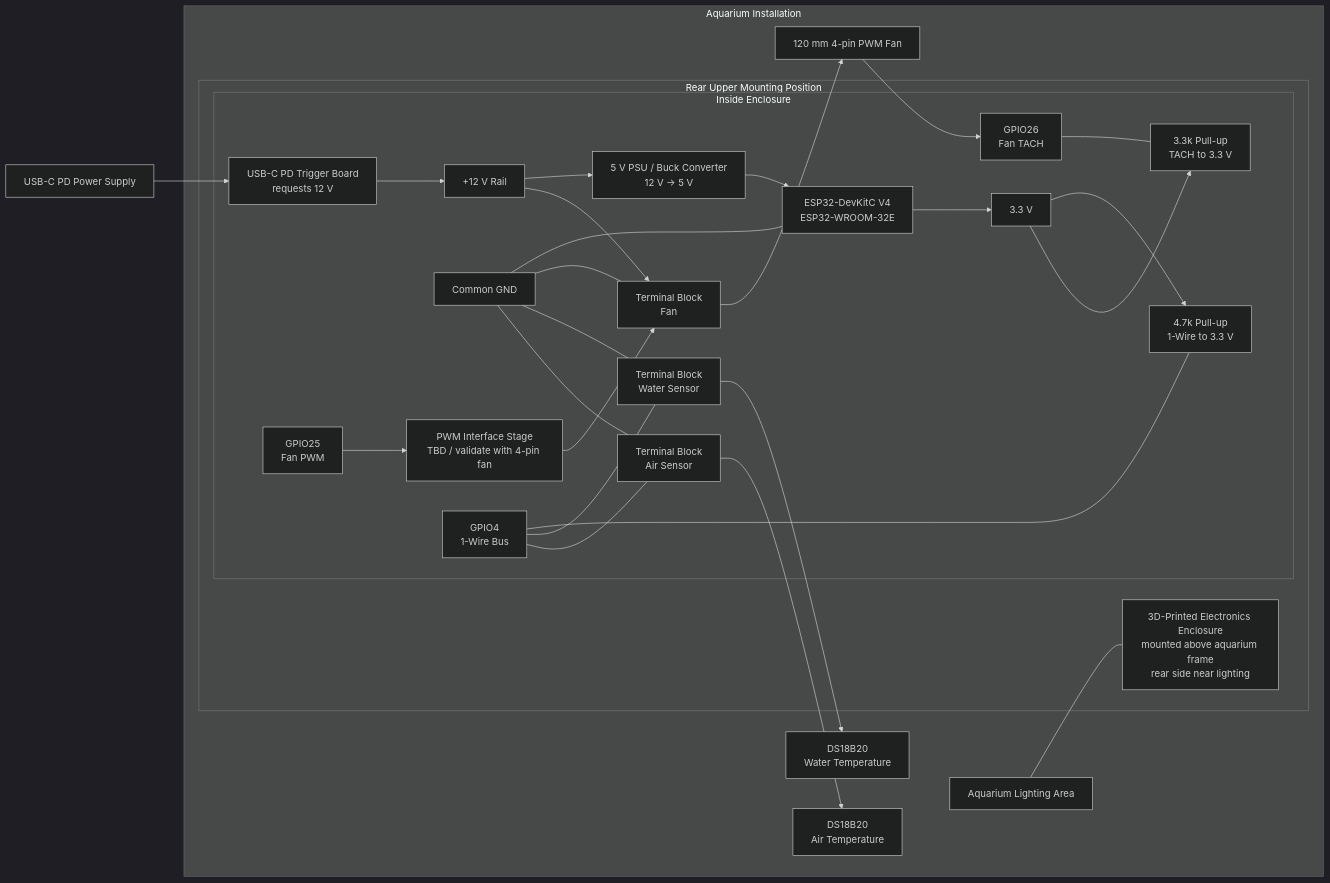
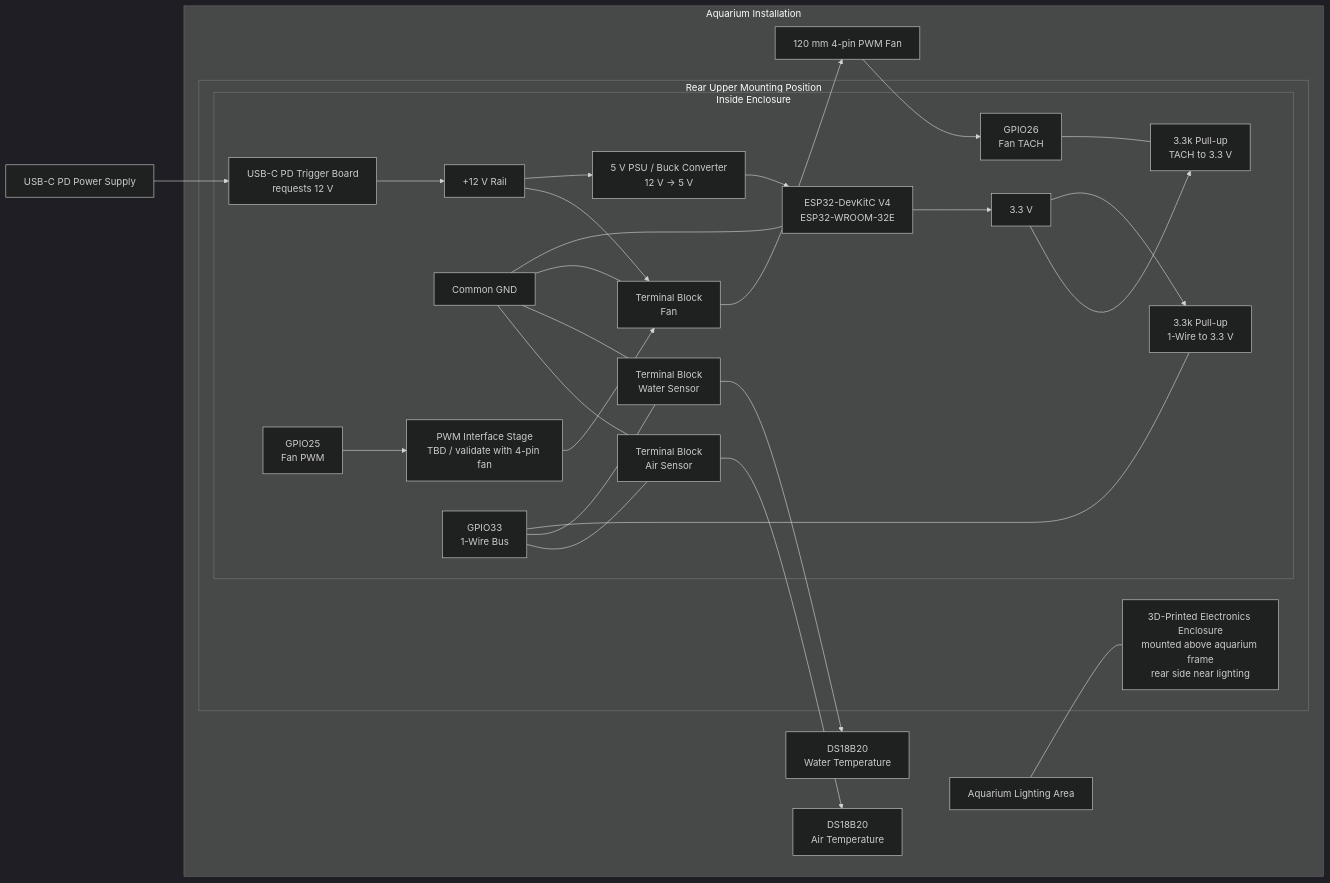
One commit to TeeVau/aquarium-cooling-controller changed the diagram in docs/design/schematic-sketch.mmd. Above: the diagram before and after it, drawn with Mermaid (dark theme). The commit also changed 5 other files, not shown here.

```diff
--- a/docs/design/schematic-sketch.mmd
+++ b/docs/design/schematic-sketch.mmd
@@ -1,64 +1,64 @@
 flowchart LR
   PSU["USB-C PD Power Supply"]
 
   subgraph "Aquarium Installation"
     subgraph "Rear Upper Mounting Position"
       ENC["3D-Printed Electronics Enclosure<br/>mounted above aquarium frame<br/>rear side near lighting"]
 
       subgraph "Inside Enclosure"
         PD["USB-C PD Trigger Board<br/>requests 12 V"]
         V12["+12 V Rail"]
         PSU5["5 V PSU / Buck Converter<br/>12 V -> 5 V"]
         GND["Common GND"]
         ESP["ESP32-DevKitC V4<br/>ESP32-WROOM-32E"]
         V33["3.3 V"]
-        PULL1["4.7k Pull-up<br/>1-Wire to 3.3 V"]
+        PULL1["3.3k Pull-up<br/>1-Wire to 3.3 V"]
         PULL2["3.3k Pull-up<br/>TACH to 3.3 V"]
         PWMIF["PWM Interface Stage<br/>TBD / validate with 4-pin fan"]
 
         TERMF["Terminal Block<br/>Fan"]
         TERMSW["Terminal Block<br/>Water Sensor"]
         TERMSA["Terminal Block<br/>Air Sensor"]
 
         GPIO25["GPIO25<br/>Fan PWM"]
         GPIO26["GPIO26<br/>Fan TACH"]
-        GPIO4["GPIO4<br/>1-Wire Bus"]
+        GPIO33["GPIO33<br/>1-Wire Bus"]
       end
     end
 
     FAN["120 mm 4-pin PWM Fan"]
     DSW["DS18B20<br/>Water Temperature"]
     DSA["DS18B20<br/>Air Temperature"]
     LIGHT["Aquarium Lighting Area"]
   end
 
   PSU --> PD
   PD --> V12
   V12 --> PSU5
   V12 --> TERMF
   PSU5 --> ESP
 
   ESP --> V33
   V33 --> PULL1
   V33 --> PULL2
 
-  GPIO4 --- PULL1
-  GPIO4 --- TERMSW
-  GPIO4 --- TERMSA
+  GPIO33 --- PULL1
+  GPIO33 --- TERMSW
+  GPIO33 --- TERMSA
 
   GPIO25 --> PWMIF
   PWMIF --> TERMF
 
   TERMF --> FAN
   TERMSW --> DSW
   TERMSA --> DSA
 
   FAN --> GPIO26
   GPIO26 --- PULL2
 
   GND --- ESP
   GND --- TERMF
   GND --- TERMSW
   GND --- TERMSA
 
   LIGHT --- ENC
```
